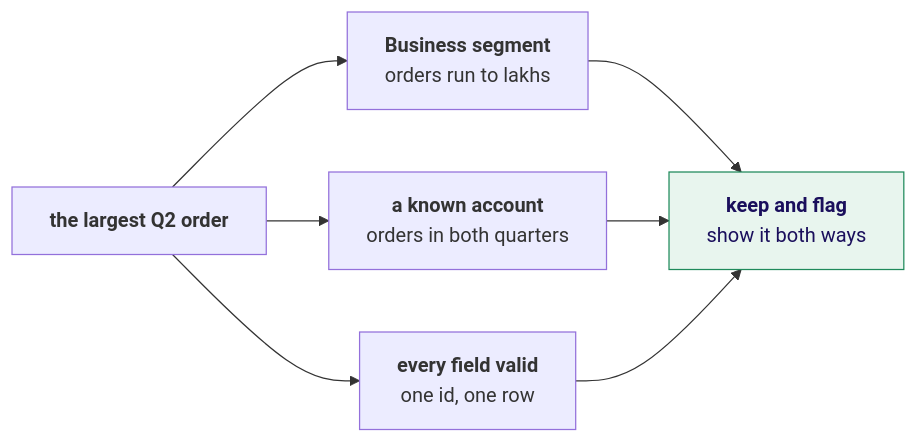
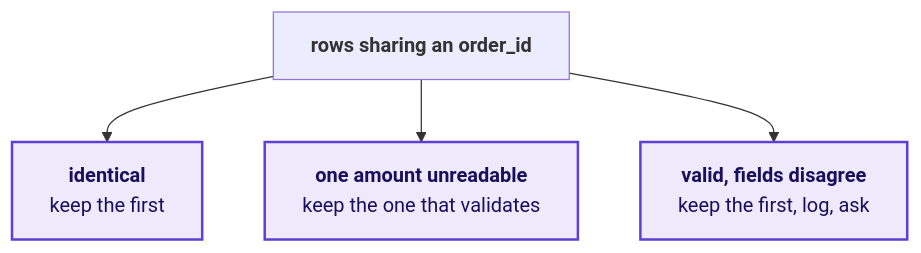
Diagram 11 of 19 in content/W01/D3/slides/C2_W01_D03_half1_STUDENT.md (fde-academy-lab/c2-content-factory), drawn with Mermaid before and after one commit. The commit also changed other lines of this file and 10 other files, not shown here.

````diff
--- a/content/W01/D3/slides/C2_W01_D03_half1_STUDENT.md
+++ b/content/W01/D3/slides/C2_W01_D03_half1_STUDENT.md
@@ -713,11 +623,8 @@
 ```mermaid
-flowchart LR
-    O["<b>the largest Q2 order</b>"] --> S["<b>Business segment</b><br/>orders run to lakhs"]
-    O --> C["<b>a known account</b><br/>orders in both quarters"]
-    O --> F["<b>every field valid</b><br/>one id, one row"]
-    S --> K["<b>keep and flag</b><br/>show it both ways"]
-    C --> K
-    F --> K
-    classDef good fill:#E8F5EE,stroke:#1F8A5B,color:#1A0F5C
-    class K good
+flowchart TD
+    G["<b>rows sharing an order_id</b>"] --> A["<b>identical</b><br/>keep the first"]
+    G --> B["<b>one amount unreadable</b><br/>keep the one that validates"]
+    G --> C["<b>valid, fields disagree</b><br/>keep the first, log, ask"]
+    classDef known fill:#EEEAFB,stroke:#5B3FD6,color:#1A0F5C,stroke-width:2px
+    class A,B,C known
 ```
````
